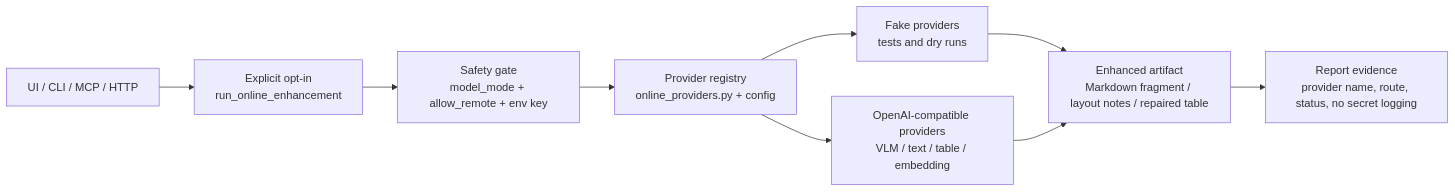
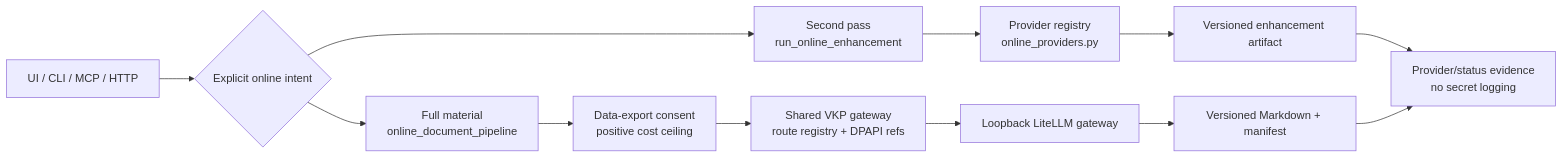
One commit to lightcoloror/ebook-markdown-pipeline changed the second of 3 diagrams in docs/ARCHITECTURE.md. Above: the diagram before and after it, drawn with Mermaid. The commit also changed other lines of this file and 41 other files, not shown here.

Commit message:
feat: add shared online-only document pipeline

````diff
--- a/docs/ARCHITECTURE.md
+++ b/docs/ARCHITECTURE.md
@@ -48,14 +50,14 @@
 ```mermaid
 flowchart LR
-    caller["UI / CLI / MCP / HTTP"] --> explicit["Explicit opt-in\nrun_online_enhancement"]
-    explicit --> safety["Safety gate\nmodel_mode + allow_remote + env key"]
-    safety --> registry["Provider registry\nonline_providers.py + config"]
-
-    registry --> fake["Fake providers\ntests and dry runs"]
-    registry --> openai["OpenAI-compatible providers\nVLM / text / table / embedding"]
-
-    fake --> artifact["Enhanced artifact\nMarkdown fragment / layout notes / repaired table"]
-    openai --> artifact
-
-    artifact --> report["Report evidence\nprovider name, route, status, no secret logging"]
+    caller["UI / CLI / MCP / HTTP"] --> choice{"Explicit online intent"}
+    choice --> enhance["Second pass\nrun_online_enhancement"]
+    choice --> full["Full material\nonline_document_pipeline"]
+    enhance --> direct["Provider registry\nonline_providers.py"]
+    full --> safety["Data-export consent\npositive cost ceiling"]
+    safety --> shared["Shared VKP gateway\nroute registry + DPAPI refs"]
+    shared --> proxy["Loopback LiteLLM gateway"]
+    direct --> artifact["Versioned enhancement artifact"]
+    proxy --> output["Versioned Markdown + manifest"]
+    artifact --> report["Provider/status evidence\nno secret logging"]
+    output --> report
 ```
````
